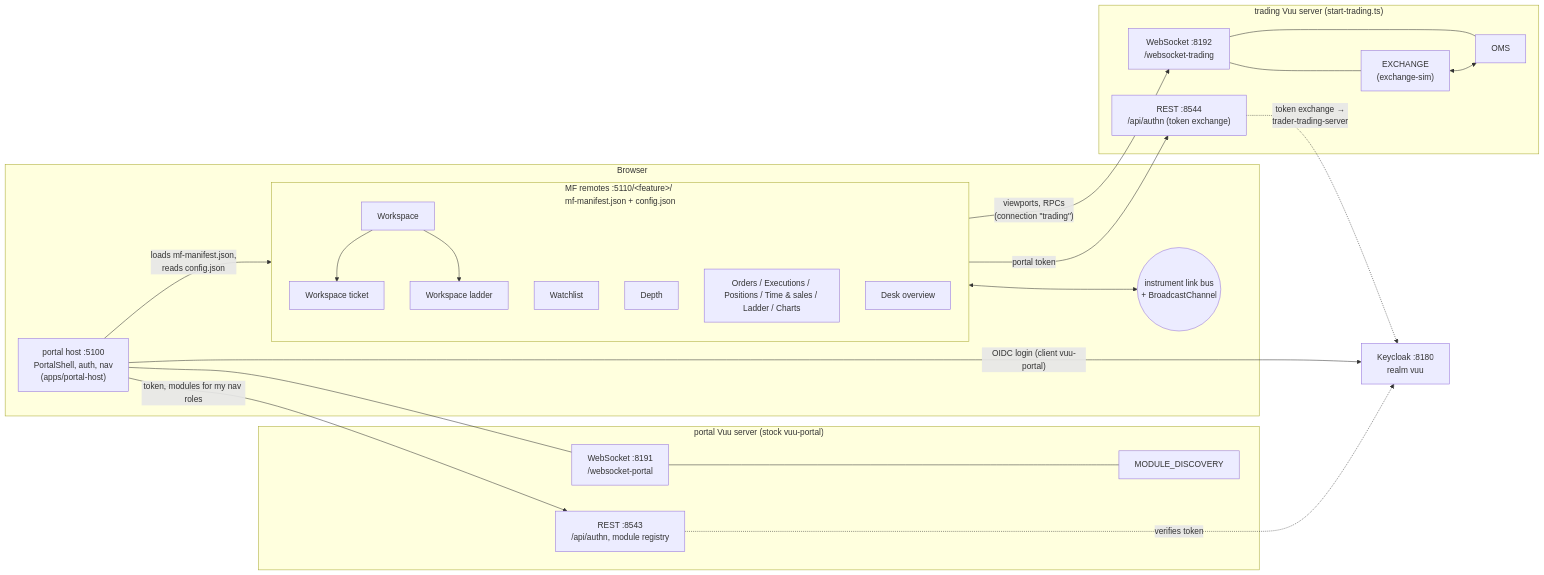
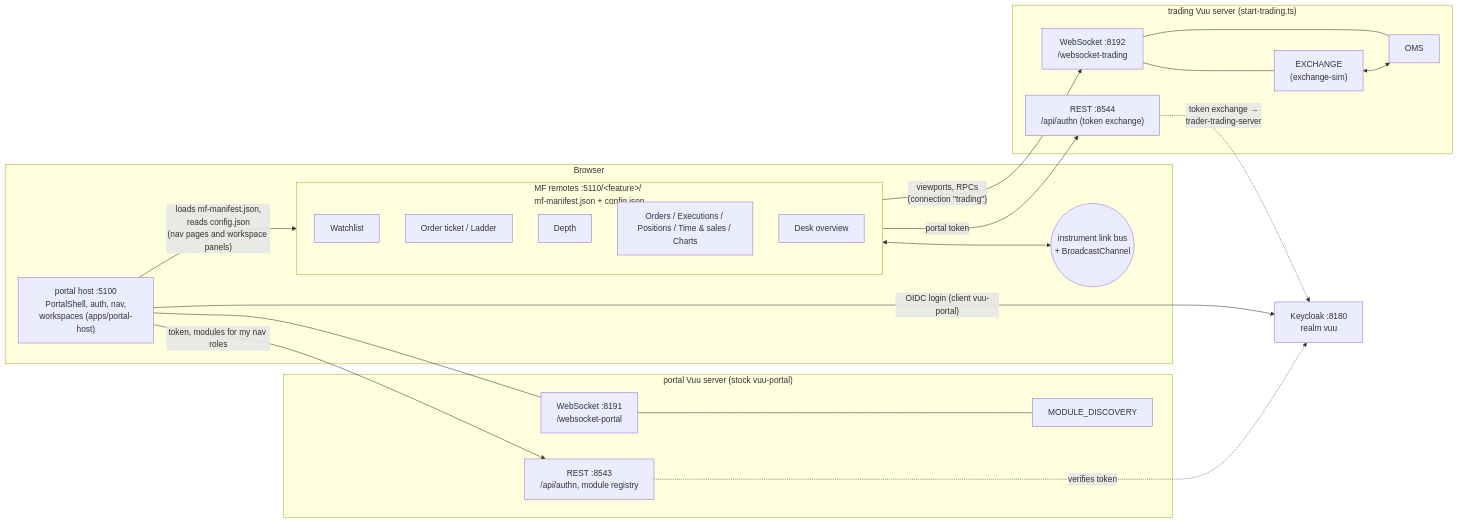
One commit to heswell/trader changed the diagram in docs/portal-integration.md. Above: the diagram before and after it, drawn with Mermaid. The commit also changed other lines of this file and 19 other files, not shown here.

````diff
--- a/docs/portal-integration.md
+++ b/docs/portal-integration.md
@@ -15,39 +15,38 @@
 ```mermaid
 flowchart LR
   subgraph Browser
-    Host["portal host :5100<br/>PortalShell, auth, nav<br/>(apps/portal-host)"]
+    Host["portal host :5100<br/>PortalShell, auth, nav,<br/>workspaces (apps/portal-host)"]
     subgraph Remotes["MF remotes :5110/&lt;feature&gt;/<br/>mf-manifest.json + config.json"]
-      WS[Workspace] --> WT[Workspace ticket]
-      WS --> WL[Workspace ladder]
       W[Watchlist]
+      T[Order ticket / Ladder]
       D[Depth]
-      O[Orders / Executions / Positions / Time &amp; sales / Ladder / Charts]
+      O[Orders / Executions / Positions / Time &amp; sales / Charts]
       SV[Desk overview]
     end
-    Host -- "loads mf-manifest.json,<br/>reads config.json" --> Remotes
+    Host -- "loads mf-manifest.json,<br/>reads config.json<br/>(nav pages and workspace panels)" --> Remotes
     Bus(("instrument link bus<br/>+ BroadcastChannel"))
     Remotes <--> Bus
   end
   KC["Keycloak :8180<br/>realm vuu"]
   subgraph Portal["portal Vuu server (stock vuu-portal)"]
     REST["REST :8543<br/>/api/authn, module registry"]
     WSS["WebSocket :8191<br/>/websocket-portal"]
     MD[MODULE_DISCOVERY]
   end
   subgraph Trading["trading Vuu server (start-trading.ts)"]
     TREST["REST :8544<br/>/api/authn (token exchange)"]
     TWSS["WebSocket :8192<br/>/websocket-trading"]
     EX["EXCHANGE<br/>(exchange-sim)"]
     OMS[OMS]
   end
   Host -- "OIDC login (client vuu-portal)" --> KC
   Host -- "token, modules for my nav roles" --> REST
   Host --- WSS
   WSS --- MD
   Remotes -- "portal token" --> TREST
   TREST -. "token exchange →<br/>trader-trading-server" .-> KC
   Remotes -- "viewports, RPCs<br/>(connection &quot;trading&quot;)" --> TWSS
   REST -. "verifies token" .-> KC
   TWSS --- EX & OMS
   EX <--> OMS
 ```
````
